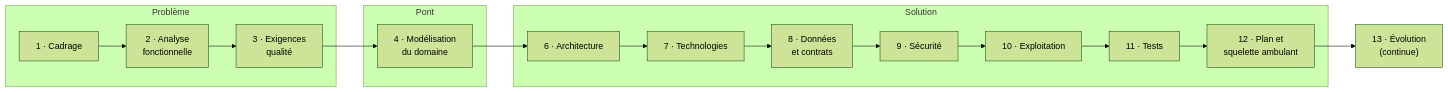
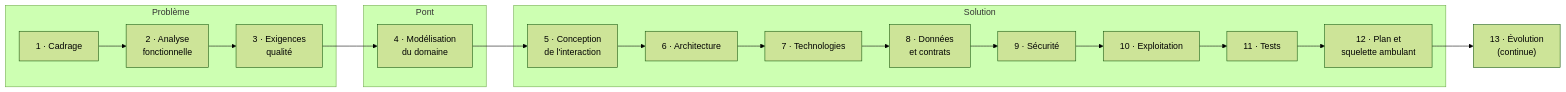
Before and after one commit to ArnaudSene/ai-driven-software-design: the diagram in README.md, drawn with Mermaid (forest theme). The commit also changed other lines of this file and 29 other files, not shown here.

````diff
--- a/README.md
+++ b/README.md
@@ -16,14 +16,14 @@
 ```mermaid
 flowchart LR
     subgraph P["Problème"]
         P1["1 · Cadrage"] --> P2["2 · Analyse<br/>fonctionnelle"] --> P3["3 · Exigences<br/>qualité"]
     end
     subgraph D["Pont"]
         P4["4 · Modélisation<br/>du domaine"]
     end
     subgraph S["Solution"]
-        P6["6 · Architecture"] --> P7["7 · Technologies"] --> P8["8 · Données<br/>et contrats"] --> P9["9 · Sécurité"] --> P10["10 · Exploitation"] --> P11["11 · Tests"] --> P12["12 · Plan et<br/>squelette ambulant"]
+        P5["5 · Conception<br/>de l'interaction"] --> P6["6 · Architecture"] --> P7["7 · Technologies"] --> P8["8 · Données<br/>et contrats"] --> P9["9 · Sécurité"] --> P10["10 · Exploitation"] --> P11["11 · Tests"] --> P12["12 · Plan et<br/>squelette ambulant"]
     end
-    P3 --> P4 --> P6
+    P3 --> P4 --> P5
     P12 --> P13["13 · Évolution<br/>(continue)"]
 ```
````
